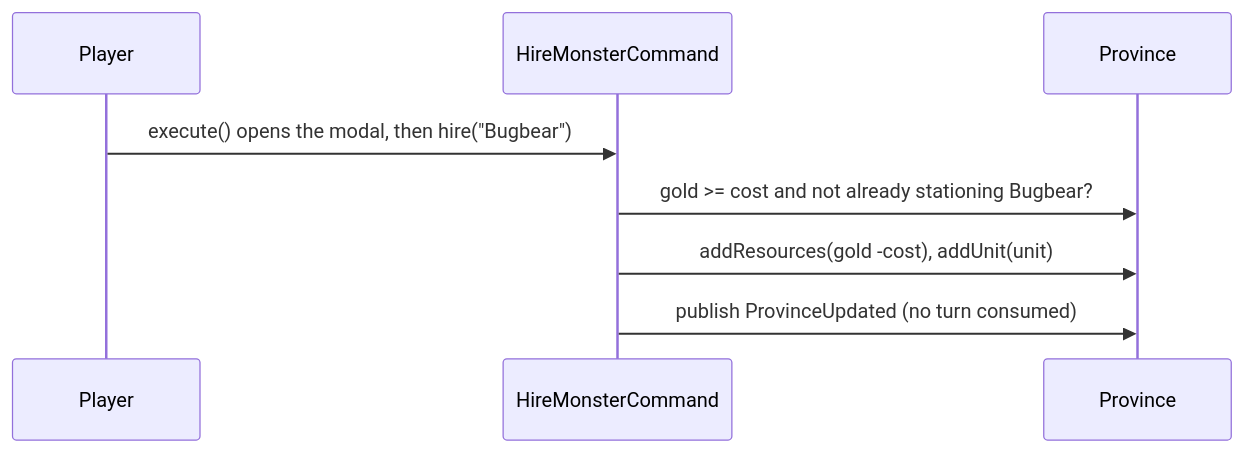
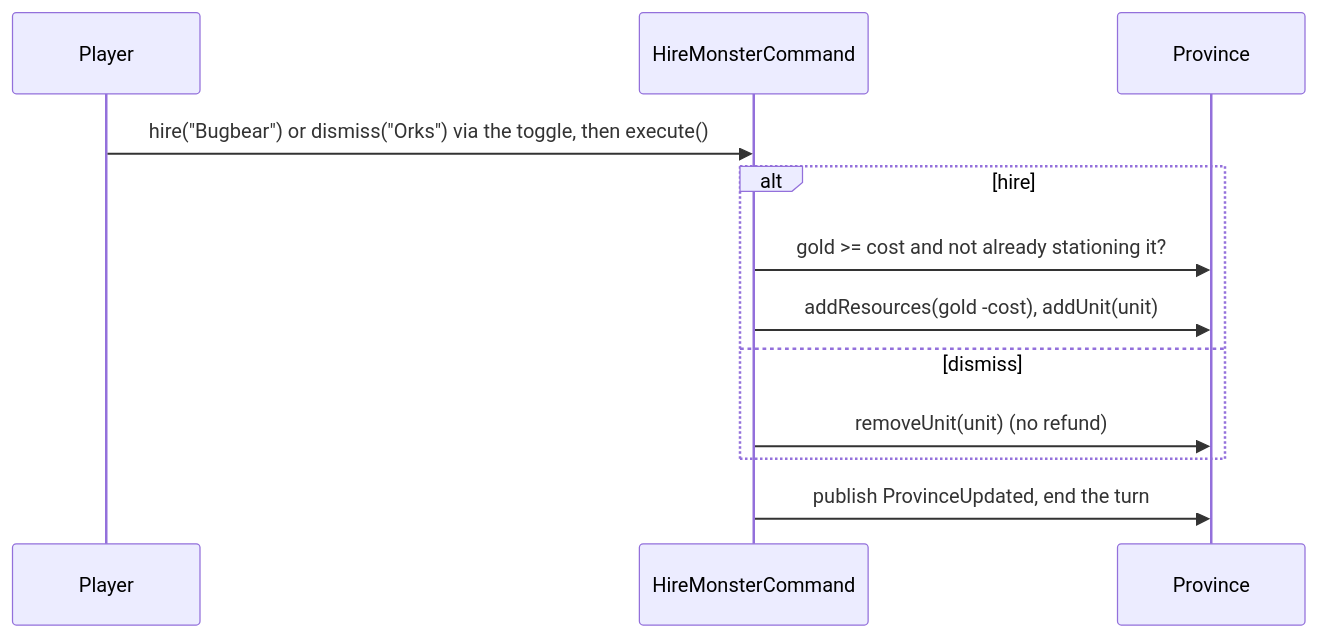
Before and after one commit to pslotinsky/kunstkamera: the third of 4 diagrams in gemfire/docs/design/06-fifth-units.md, drawn with Mermaid. The commit also changed other lines of this file and 8 other files, not shown here.

Commit message:
feat(gemfire): dismiss fifth units at a province

````diff
--- a/gemfire/docs/design/06-fifth-units.md
+++ b/gemfire/docs/design/06-fifth-units.md
@@ -148,10 +146,14 @@
 ```mermaid
 sequenceDiagram
   participant Player
   participant Hire as HireMonsterCommand
   participant Prov as Province
-  Player->>Hire: execute() opens the modal, then hire("Bugbear")
-  Hire->>Prov: gold >= cost and not already stationing Bugbear?
-  Hire->>Prov: addResources(gold -cost), addUnit(unit)
-  Hire->>Prov: publish ProvinceUpdated (no turn consumed)
+  Player->>Hire: hire("Bugbear") or dismiss("Orks") via the toggle, then execute()
+  alt hire
+    Hire->>Prov: gold >= cost and not already stationing it?
+    Hire->>Prov: addResources(gold -cost), addUnit(unit)
+  else dismiss
+    Hire->>Prov: removeUnit(unit) (no refund)
+  end
+  Hire->>Prov: publish ProvinceUpdated, end the turn
 ```
````
